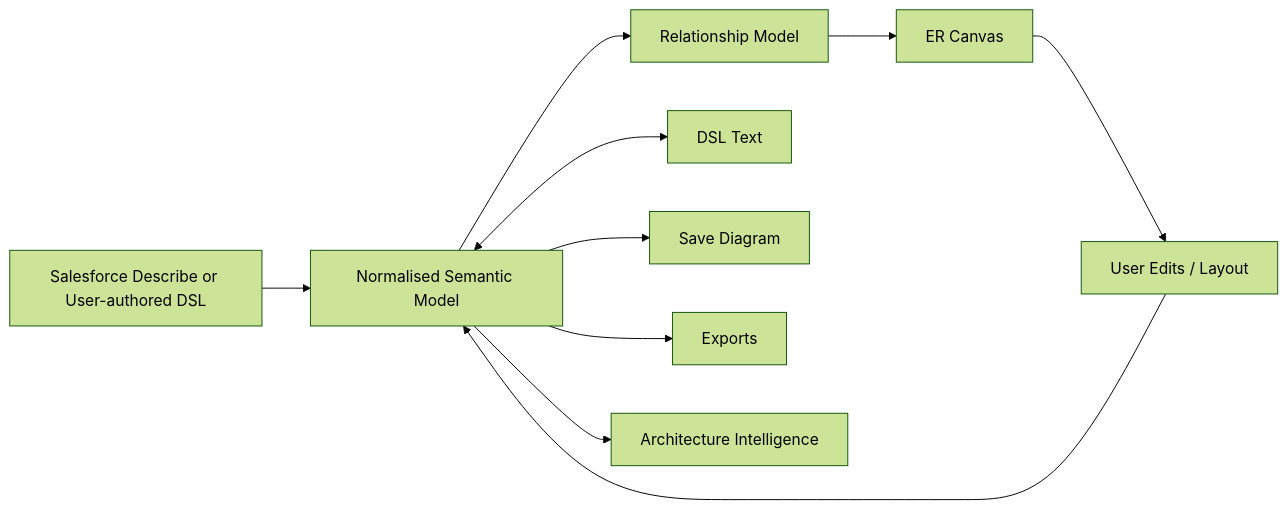
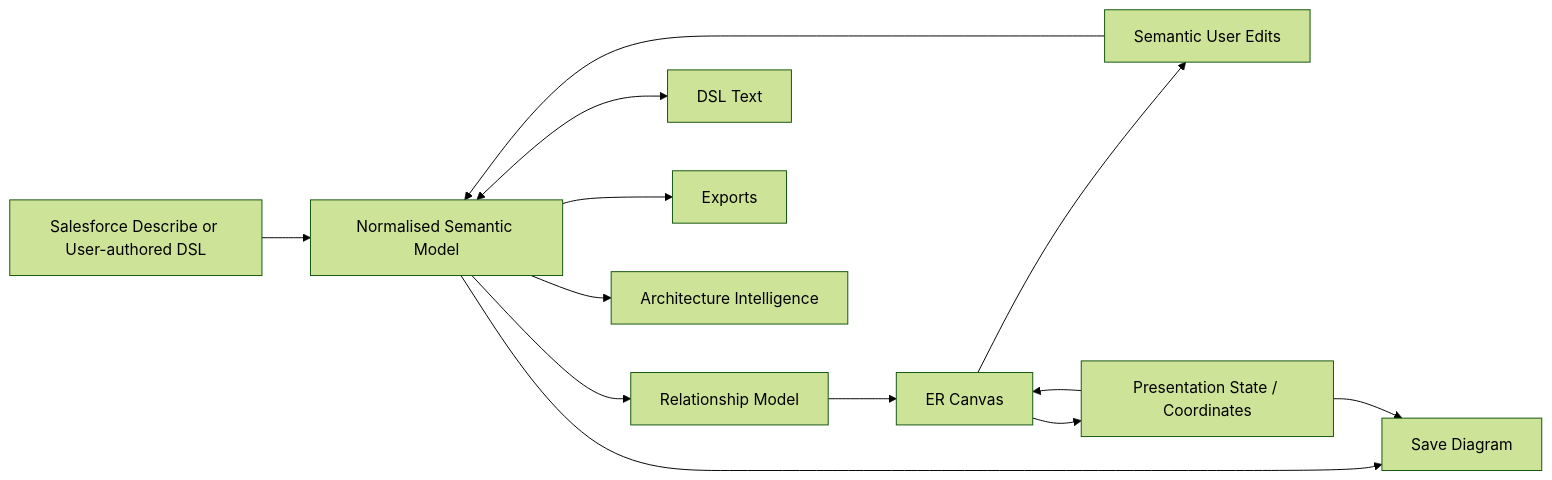
Before and after one commit to vikascohen/Salesforce-ER-Modeller-Studio: the second of 8 diagrams in docs/ARCHITECTURE.md, drawn with Mermaid (forest theme). The commit also changed other lines of this file, not shown here.

Commit message:
Clarify architecture boundaries, evidence limits and DSL model

````diff
--- a/docs/ARCHITECTURE.md
+++ b/docs/ARCHITECTURE.md
@@ -102,12 +99,15 @@
 ```mermaid
 flowchart LR
     A[Salesforce Describe or User-authored DSL] --> B[Normalised Semantic Model]
     B --> C[Relationship Model]
     C --> D[ER Canvas]
-    D --> E[User Edits / Layout]
+    D --> E[Semantic User Edits]
     E --> B
     B <--> F[DSL Text]
+    D --> P[Presentation State / Coordinates]
+    P --> D
     B --> G[Save Diagram]
+    P --> G
     B --> H[Exports]
     B --> I[Architecture Intelligence]
 ```
````
